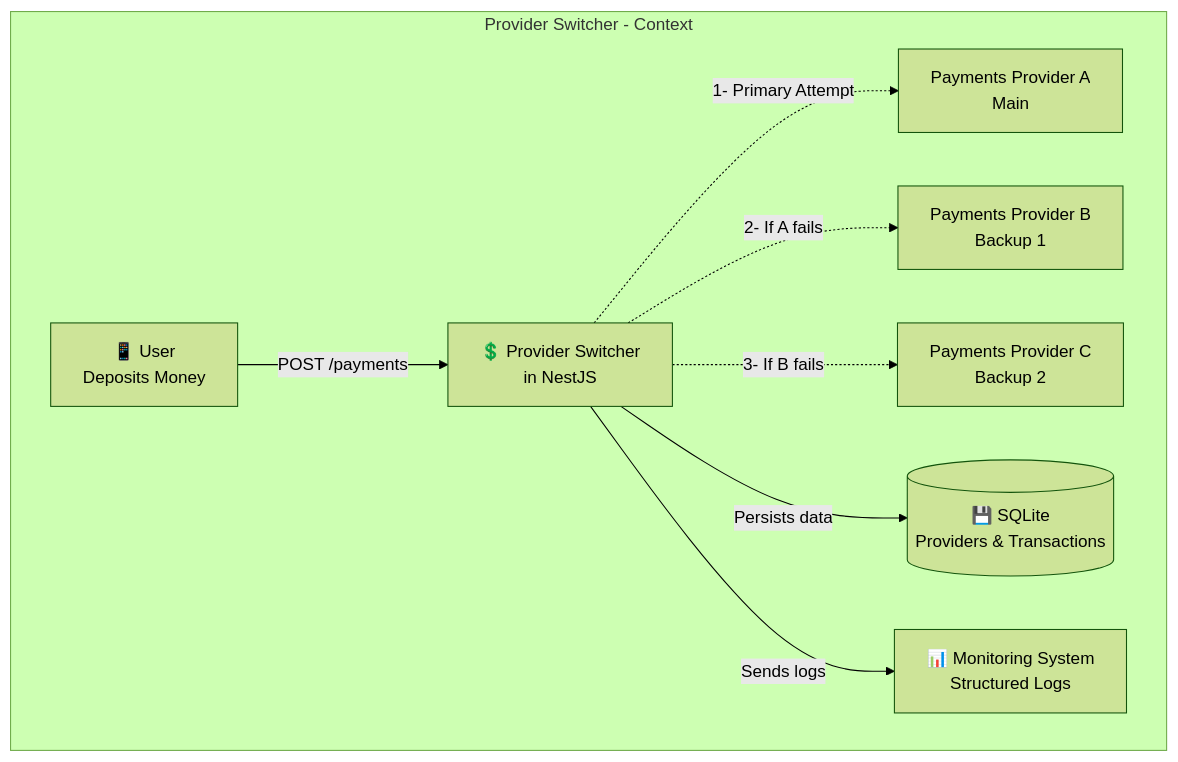
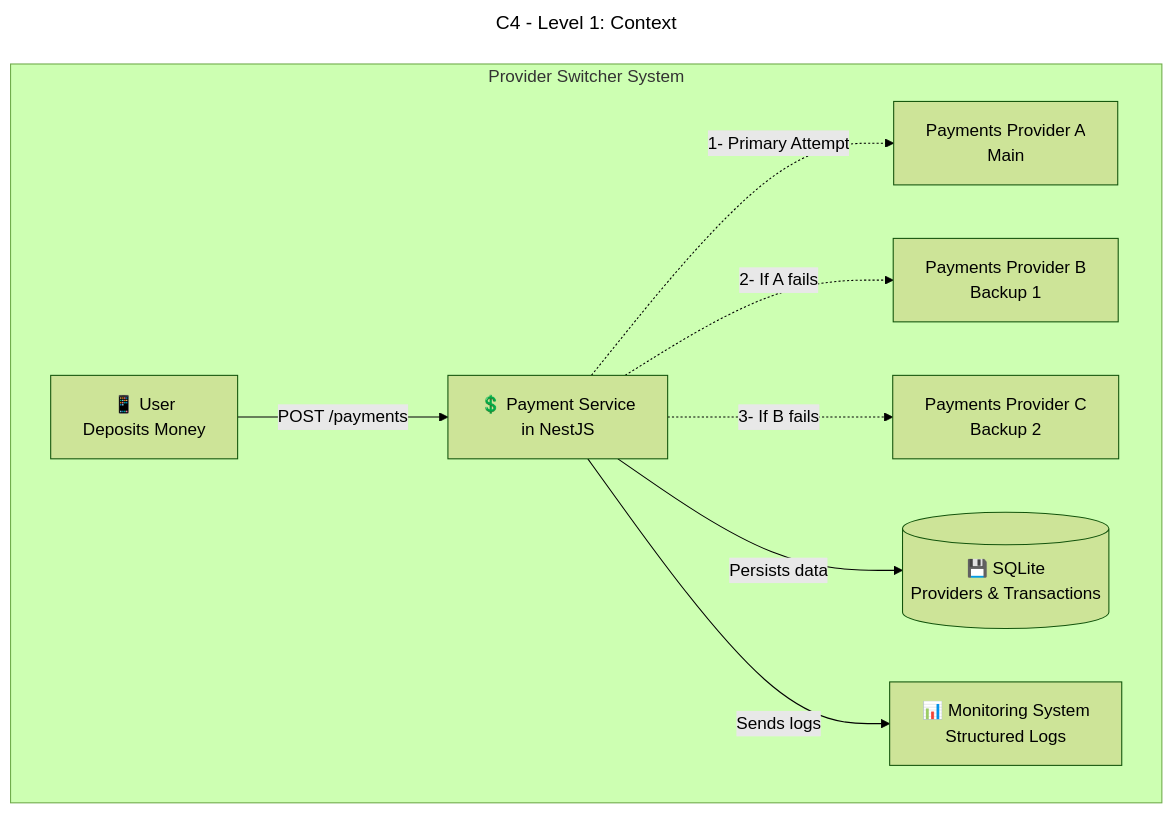
One commit to Franckramos8181/provider-switcher changed the diagram in diagrams/architecture1-context.mermaid. Above: the diagram before and after it, drawn with Mermaid (forest theme). The commit also changed 1 other file, not shown here.

Commit message:
Diagrams - Containers

```diff
--- a/diagrams/architecture1-context.mermaid
+++ b/diagrams/architecture1-context.mermaid
@@ -1,17 +1,20 @@
+---
+title: "C4 - Level 1: Context"
+---
 graph TB
-    subgraph "Provider Switcher - Context"
+    subgraph "Provider Switcher System"
         User[📱 User<br/>Deposits Money]
-        PaymentSystem[💲 Provider Switcher<br/> in NestJS]
+        PaymentSystem[💲 Payment Service<br/> in NestJS]
         ProviderA[Payments Provider A<br/>Main]
         ProviderB[Payments Provider B<br/>Backup 1]
         ProviderC[Payments Provider C<br/>Backup 2]
         DB[(💾 SQLite<br/>Providers & Transactions)]
         Monitoring[📊 Monitoring System<br/>Structured Logs]
     end
     
     User -->|POST /payments| PaymentSystem
     PaymentSystem -.->|1- Primary Attempt| ProviderA
     PaymentSystem -.->|2- If A fails| ProviderB
     PaymentSystem -.->|3- If B fails| ProviderC
     PaymentSystem -->|Persists data| DB
     PaymentSystem -->|Sends logs| Monitoring
```
